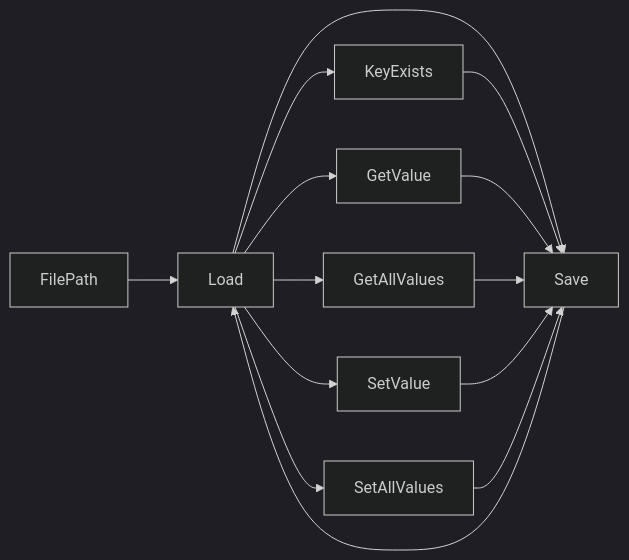
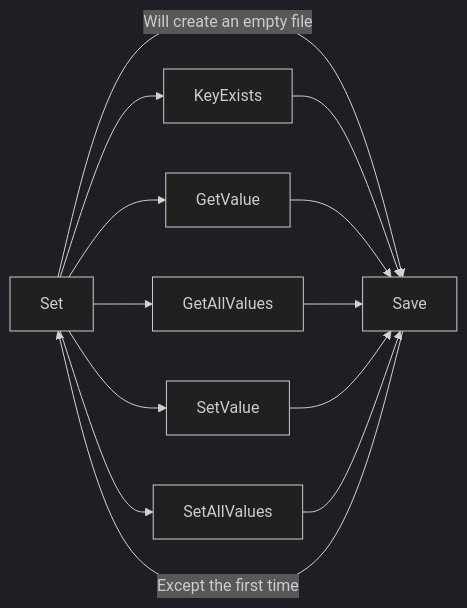
Before and after one commit to LEGIONBOSS/simple-json-config: the diagram in README.md, drawn with Mermaid (dark theme). The commit also changed other lines of this file and 2 other files, not shown here.

````diff
--- a/README.md
+++ b/README.md
@@ -66,16 +94,15 @@
 ```mermaid
 flowchart LR
-	A[FilePath] --> B[Load]
-	B --> C[KeyExists]
+	B[Set] --> C[KeyExists]
 	B --> D[GetValue]
 	B --> E[GetAllValues]
 	B --> F[SetValue]
 	B --> G[SetAllValues]
-    B --> H[Save]
+    B --Will create an empty file--> H[Save]
 	C --> H
 	D --> H
 	E --> H
 	F --> H
 	G --> H
-	H --> B
+	H --Except the first time--> B
 ```
````
